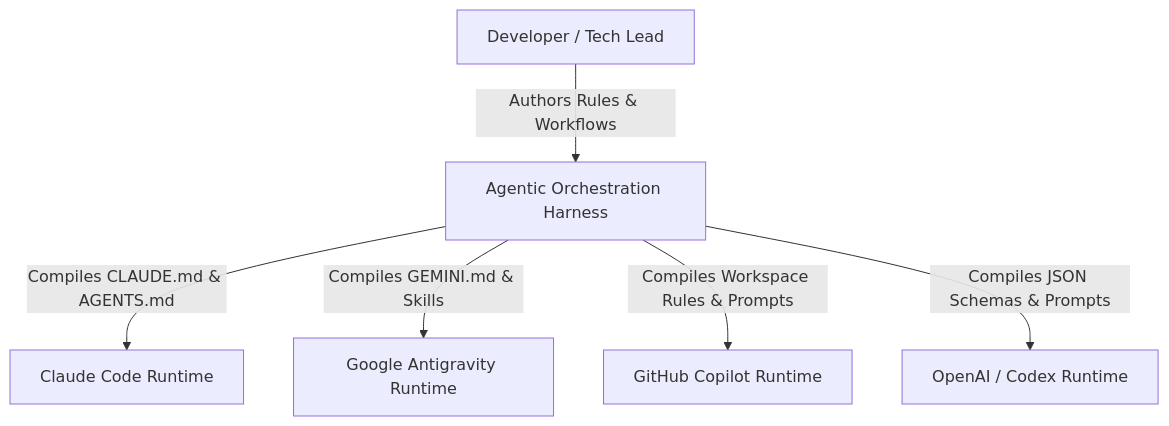
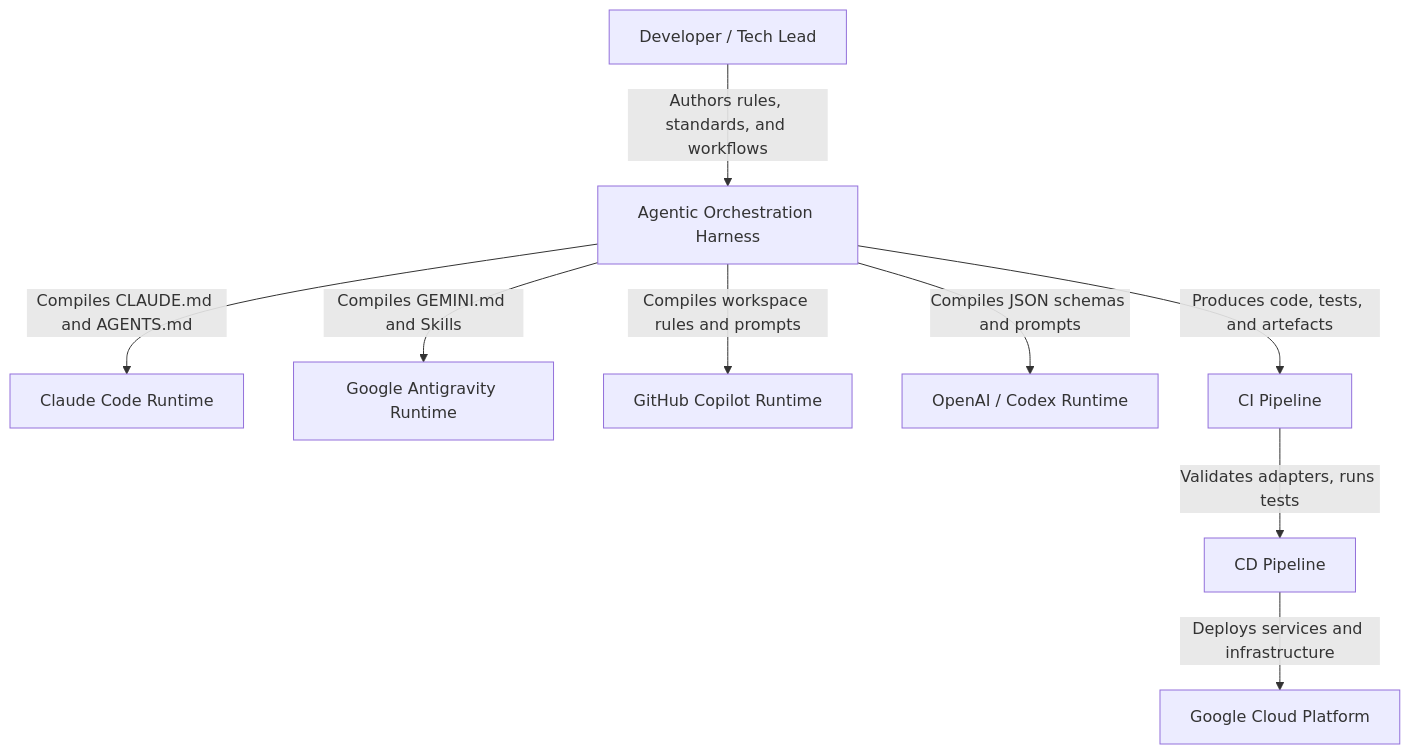
Before and after one commit to Schmoiger/start-here: the first of 3 diagrams in artefacts/architecture/architecture.md, drawn with Mermaid. The commit also changed other lines of this file and 3 other files, not shown here.

Commit message:
docs: reviewed repo once again and improved product requirements and technical architecture

````diff
--- a/artefacts/architecture/architecture.md
+++ b/artefacts/architecture/architecture.md
@@ -82,15 +97,21 @@
 ```mermaid
 flowchart TB
     User["Developer / Tech Lead"]
     Harness["Agentic Orchestration Harness"]
     Claude["Claude Code Runtime"]
     Gemini["Google Antigravity Runtime"]
     GitHub["GitHub Copilot Runtime"]
     Codex["OpenAI / Codex Runtime"]
+    CI["CI Pipeline"]
+    CD["CD Pipeline"]
+    GCP["Google Cloud Platform"]
 
-    User -->|Authors Rules & Workflows| Harness
-    Harness -->|Compiles CLAUDE.md & AGENTS.md| Claude
-    Harness -->|Compiles GEMINI.md & Skills| Gemini
-    Harness -->|Compiles Workspace Rules & Prompts| GitHub
-    Harness -->|Compiles JSON Schemas & Prompts| Codex
+    User -->|Authors rules, standards, and workflows| Harness
+    Harness -->|Compiles CLAUDE.md and AGENTS.md| Claude
+    Harness -->|Compiles GEMINI.md and Skills| Gemini
+    Harness -->|Compiles workspace rules and prompts| GitHub
+    Harness -->|Compiles JSON schemas and prompts| Codex
+    Harness -->|Produces code, tests, and artefacts| CI
+    CI -->|Validates adapters, runs tests| CD
+    CD -->|Deploys services and infrastructure| GCP
 ```
````
